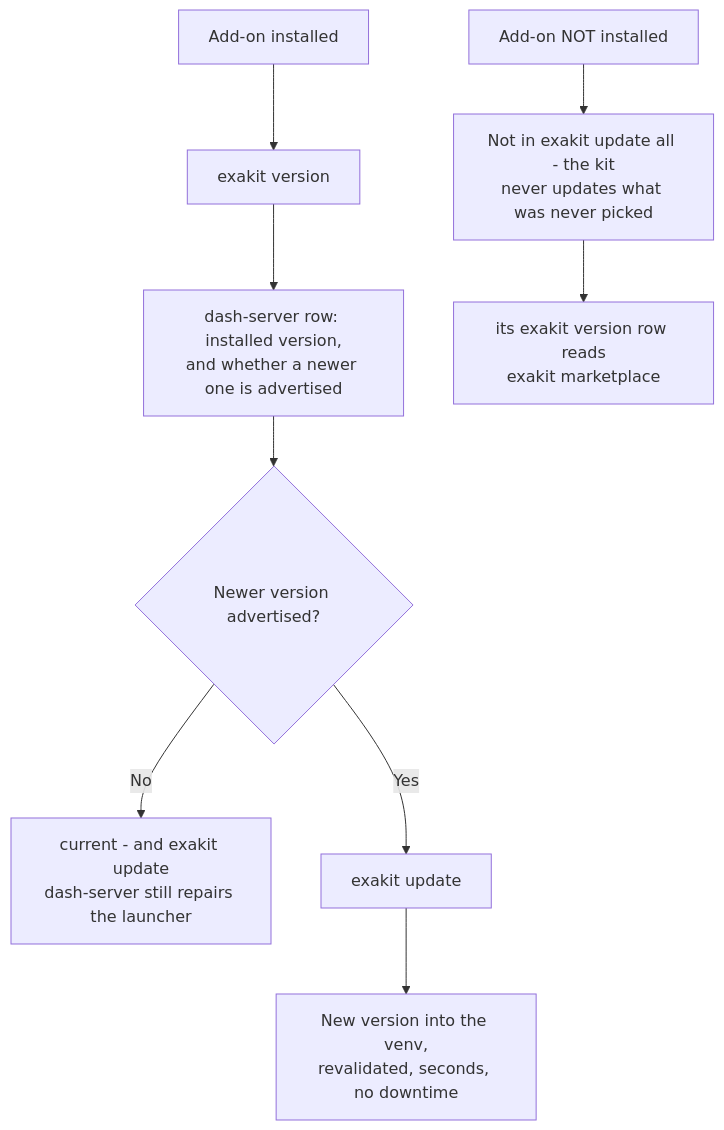
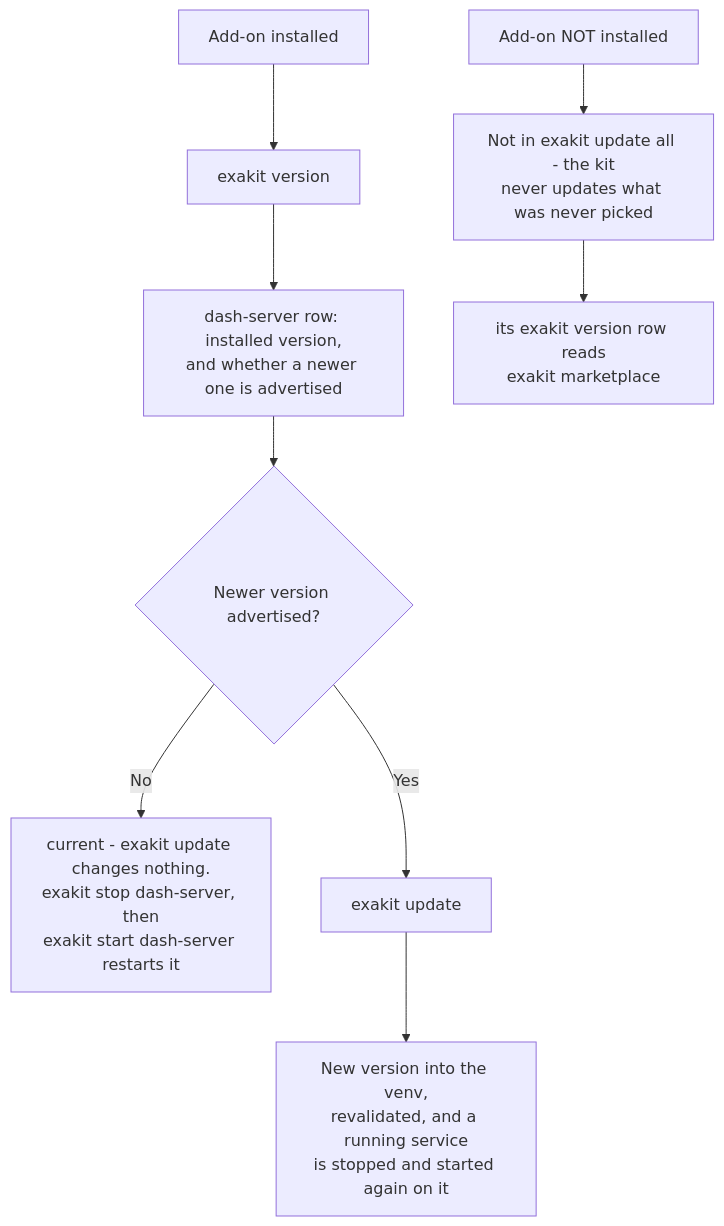
Before and after one commit to exasol-labs/exasol-personal-local-starterkit: the fifth of 7 diagrams in MARKETPLACE.md, drawn with Mermaid. The commit also changed 180 other files, not shown here.

````diff
--- a/MARKETPLACE.md
+++ b/MARKETPLACE.md
@@ -292,11 +292,11 @@
 ```mermaid
 flowchart TD
     A[Add-on installed] --> B[exakit version]
     B --> C[dash-server row: installed version,<br>and whether a newer one is advertised]
     C --> D{Newer version advertised?}
-    D -->|No| E[current - and exakit update<br>dash-server still repairs the launcher]
+    D -->|No| E[current - exakit update changes nothing.<br>exakit stop dash-server, then<br>exakit start dash-server restarts it]
     D -->|Yes| F[exakit update]
-    F --> G[New version into the venv,<br>revalidated, seconds, no downtime]
+    F --> G[New version into the venv,<br>revalidated, and a running service<br>is stopped and started again on it]
     A2[Add-on NOT installed] --> H[Not in exakit update all - the kit<br>never updates what was never picked]
     H --> I[its exakit version row reads<br>exakit marketplace]
 ```
````
